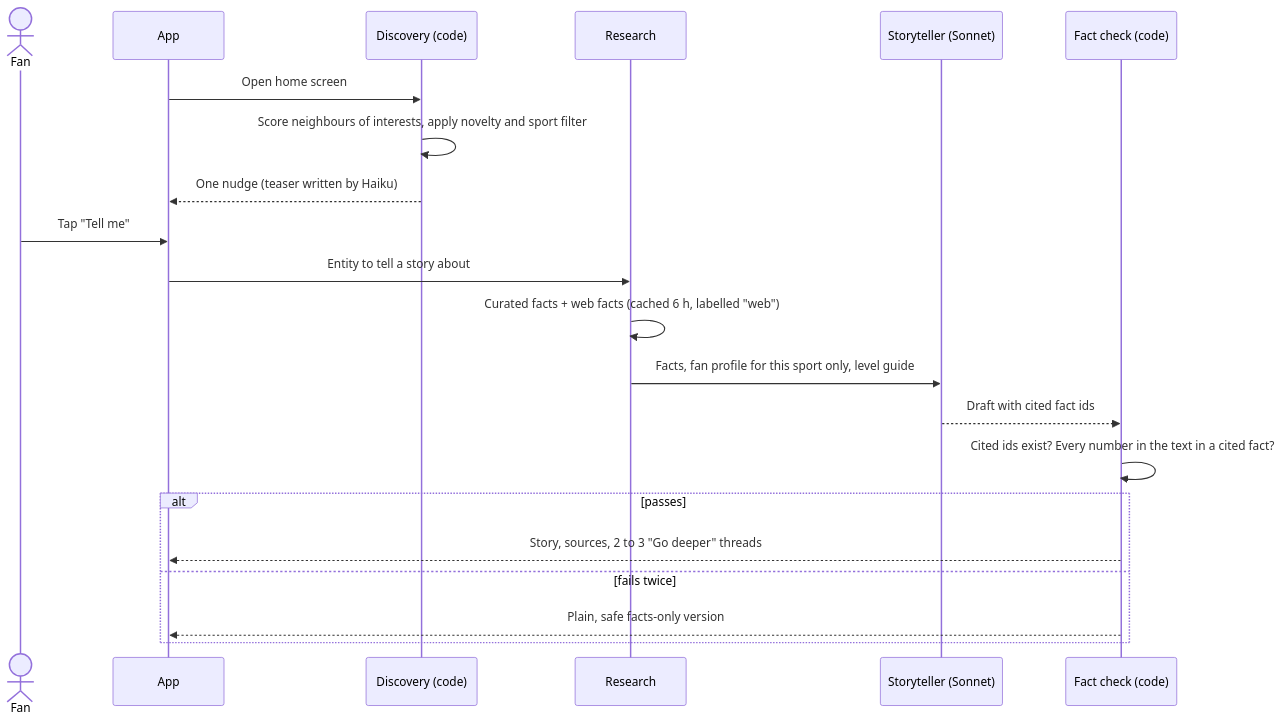
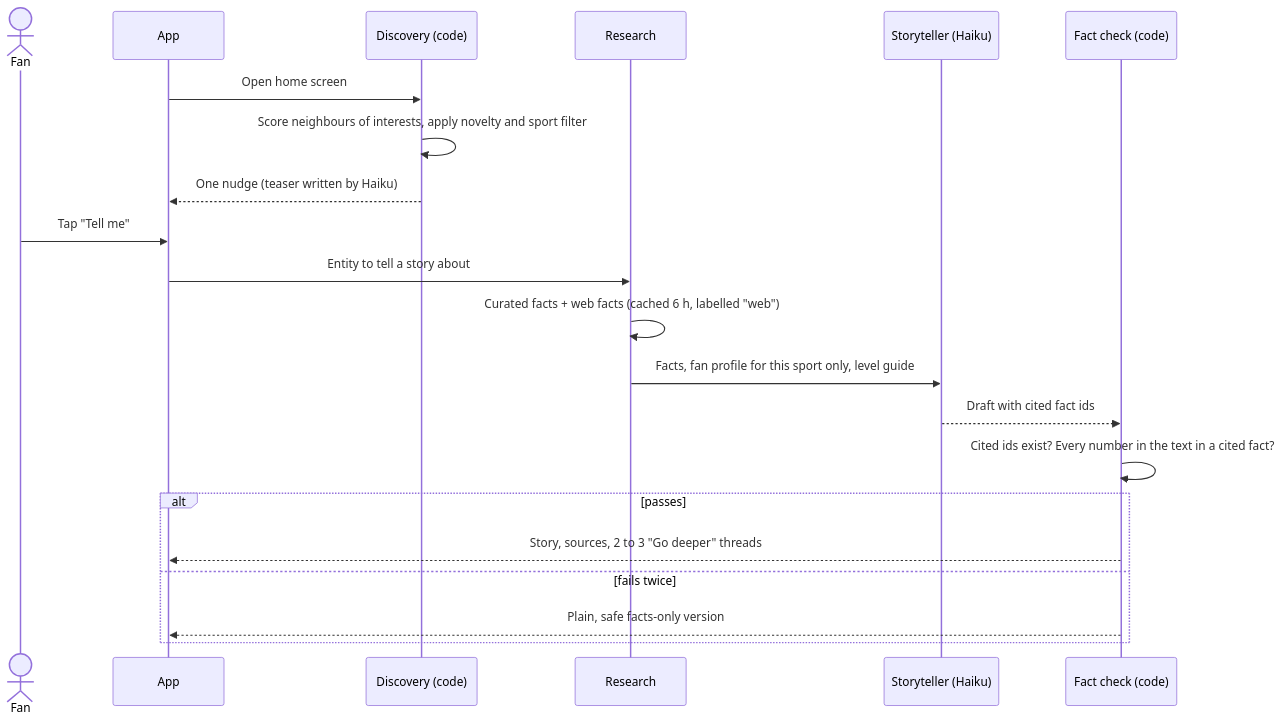
Before and after one commit to Dakshkweera/Dream11: the second of 3 diagrams in README.md, drawn with Mermaid. The commit also changed other lines of this file and 98 other files, not shown here.

````diff
--- a/README.md
+++ b/README.md
@@ -73,24 +73,24 @@
 ```mermaid
 sequenceDiagram
     actor U as Fan
     participant UI as App
     participant D as Discovery (code)
     participant R as Research
-    participant S as Storyteller (Sonnet)
+    participant S as Storyteller (Haiku)
     participant G as Fact check (code)
 
     UI->>D: Open home screen
     D->>D: Score neighbours of interests, apply novelty and sport filter
     D-->>UI: One nudge (teaser written by Haiku)
     U->>UI: Tap "Tell me"
     UI->>R: Entity to tell a story about
     R->>R: Curated facts + web facts (cached 6 h, labelled "web")
     R->>S: Facts, fan profile for this sport only, level guide
     S-->>G: Draft with cited fact ids
     G->>G: Cited ids exist? Every number in the text in a cited fact?
     alt passes
         G-->>UI: Story, sources, 2 to 3 "Go deeper" threads
     else fails twice
         G-->>UI: Plain, safe facts-only version
     end
 ```
````
